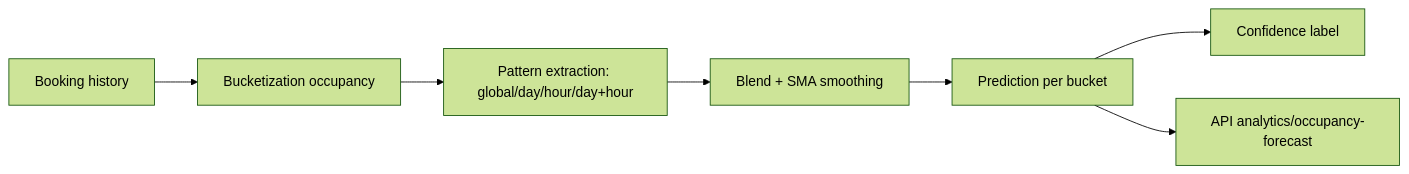
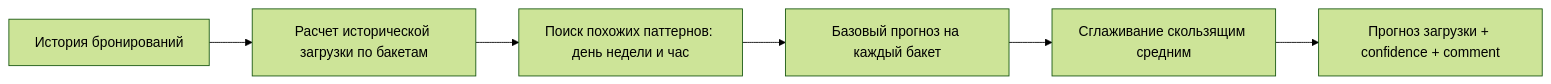
Before and after one commit to NickGAce/smart_parking_s: the third of 6 diagrams in docs/smart-system-overview.md, drawn with Mermaid (forest theme). The commit also changed other lines of this file, not shown here.

````diff
--- a/docs/smart-system-overview.md
+++ b/docs/smart-system-overview.md
@@ -89,9 +190,8 @@
 ```mermaid
 flowchart LR
-    A[Booking history] --> B[Bucketization occupancy]
-    B --> C[Pattern extraction: global/day/hour/day+hour]
-    C --> D[Blend + SMA smoothing]
-    D --> E[Prediction per bucket]
-    E --> F[Confidence label]
-    E --> G[API analytics/occupancy-forecast]
+    A[История бронирований] --> B[Расчет исторической загрузки по бакетам]
+    B --> C[Поиск похожих паттернов: день недели и час]
+    C --> D[Базовый прогноз на каждый бакет]
+    D --> E[Сглаживание скользящим средним]
+    E --> F[Прогноз загрузки + confidence + comment]
 ```
````
